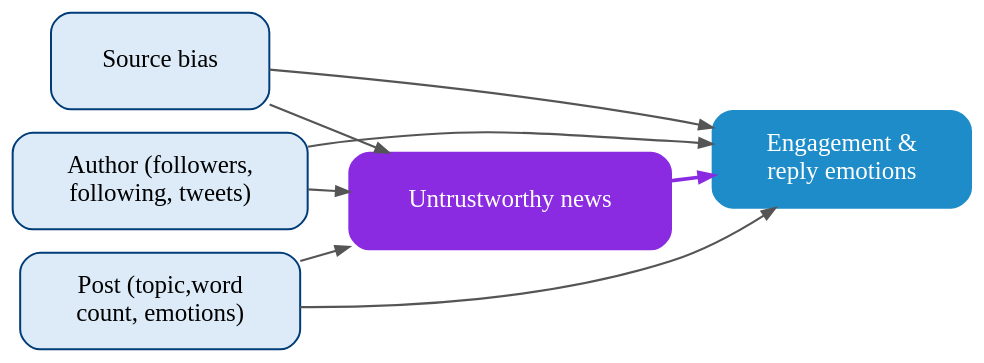
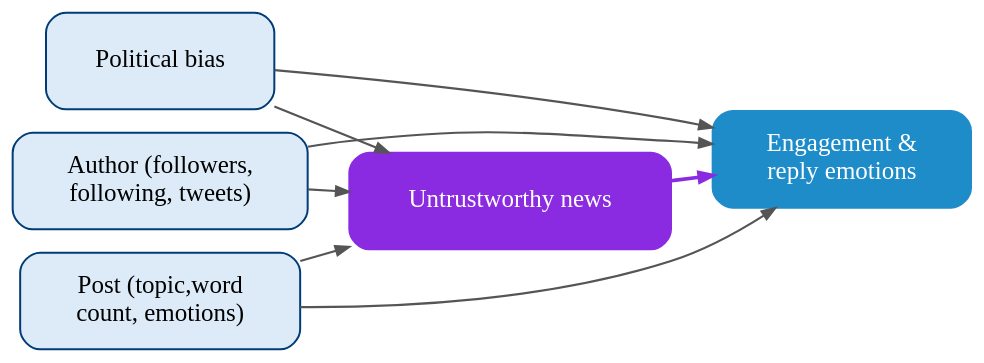
Before and after one commit to julaluehring/2026-matching-dgpuk: the first of 2 diagrams in index.qmd, drawn with Graphviz. The commit also changed other lines of this file and 2 other files, not shown here.

Commit message:
cosmetics again

````diff
--- a/index.qmd
+++ b/index.qmd
@@ -286,26 +286,26 @@
 ```{dot}
 //| fig-width: 6
 //| fig-height: 4.2
 digraph DAG {
   graph [rankdir=LR, bgcolor="transparent", nodesep=0.2, ranksep=0.35, fontname="Source Code Pro"];
   node  [fontname="Source Code Pro", fontsize=15, shape=box, margin="0.35,0.12", height=0.8, style="rounded,filled", color="#003C78", penwidth=1.2];
   edge  [color="#555555", arrowsize=0.8, penwidth=1.3];
 
   // matched confounders (poster side)
-  bias   [label="Source bias", fillcolor="#DCEBF7"];
+  bias   [label="Political bias", fillcolor="#DCEBF7"];
   author [label="Author (followers,\n following, tweets)", fillcolor="#DCEBF7"];
   post   [label="Post (topic,word\ncount, emotions)", fillcolor="#DCEBF7"];
 
   // treatment, mediator, outcome
   T [label="Untrustworthy news", fillcolor="#8A2BE2", fontcolor="white", color="#8A2BE2"];
   Y [label="Engagement &\nreply emotions", fillcolor="#1E8CC8", fontcolor="white", color="#1E8CC8"];
 
   {rank=same; bias; author; post}
 
   bias -> T;   bias -> Y;
   author -> T; author -> Y;
   post -> T;   post -> Y;
 
   T -> Y [penwidth=2.2, color="#8A2BE2"];
 }
 ```
````
